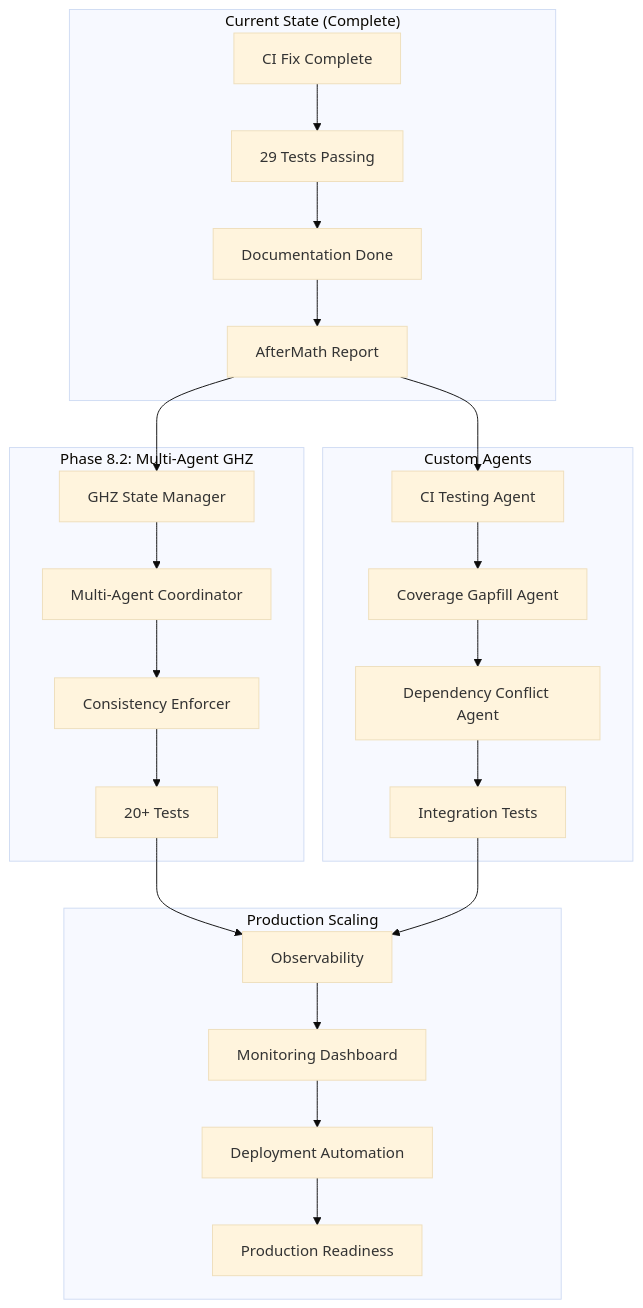
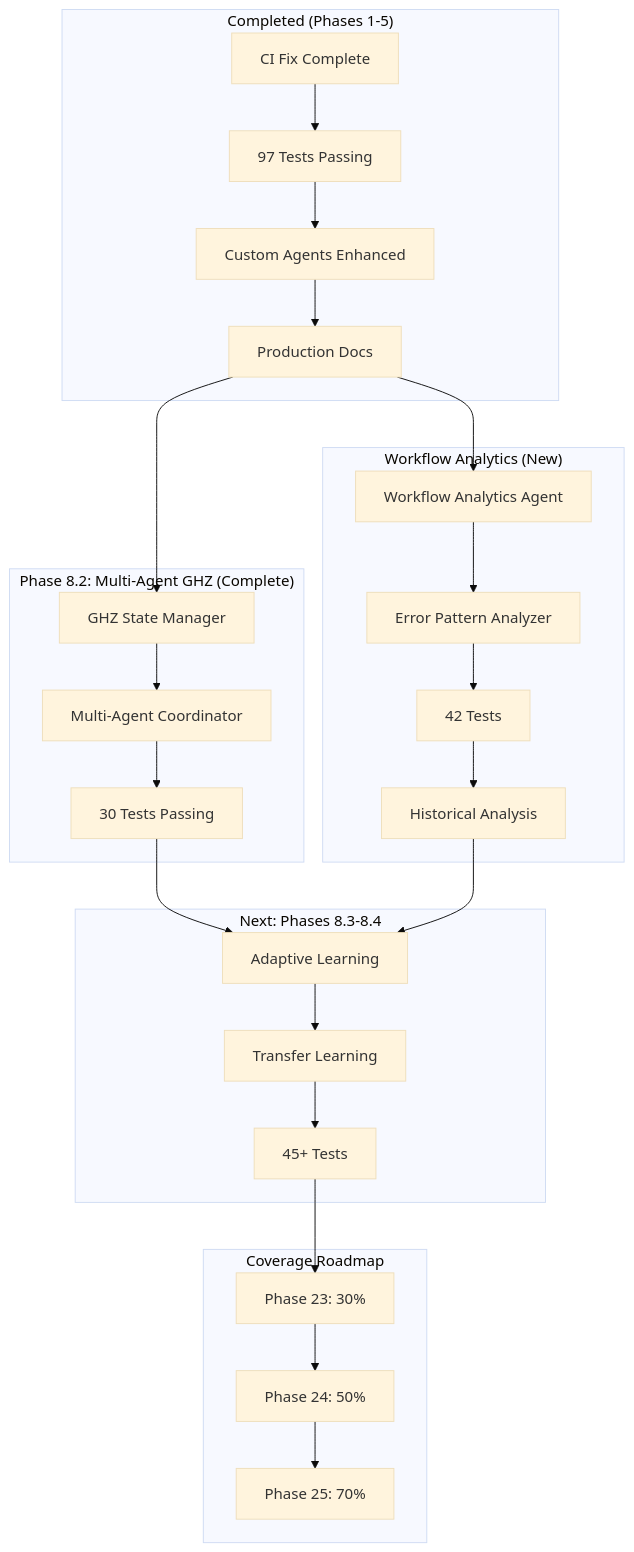
Before and after one commit to Aries-Serpent/_codex_: the diagram in .codex/prompts/CONTINUATION_COGNITIVE_BRAIN_PRODUCTION.md, drawn with Mermaid (base theme). The commit also changed other lines of this file and 4 other files, not shown here.

First line of the commit message:
feat: add Workflow Analytics Agent for error pattern detection

````diff
--- a/.codex/prompts/CONTINUATION_COGNITIVE_BRAIN_PRODUCTION.md
+++ b/.codex/prompts/CONTINUATION_COGNITIVE_BRAIN_PRODUCTION.md
@@ -85,31 +86,35 @@
 ```mermaid
 flowchart TB
-    subgraph "Current State (Complete)"
-        A[CI Fix Complete] --> B[29 Tests Passing]
-        B --> C[Documentation Done]
-        C --> D[AfterMath Report]
+    subgraph "Completed (Phases 1-5)"
+        A[CI Fix Complete] --> B[97 Tests Passing]
+        B --> C[Custom Agents Enhanced]
+        C --> D[Production Docs]
     end
     
-    subgraph "Phase 8.2: Multi-Agent GHZ"
+    subgraph "Phase 8.2: Multi-Agent GHZ (Complete)"
         E[GHZ State Manager] --> F[Multi-Agent Coordinator]
-        F --> G[Consistency Enforcer]
-        G --> H[20+ Tests]
+        F --> G[30 Tests Passing]
     end
     
-    subgraph "Custom Agents"
-        I[CI Testing Agent] --> J[Coverage Gapfill Agent]
-        J --> K[Dependency Conflict Agent]
-        K --> L[Integration Tests]
+    subgraph "Workflow Analytics (New)"
+        WA[Workflow Analytics Agent] --> WB[Error Pattern Analyzer]
+        WB --> WC[42 Tests]
+        WC --> WD[Historical Analysis]
     end
     
-    subgraph "Production Scaling"
-        M[Observability] --> N[Monitoring Dashboard]
-        N --> O[Deployment Automation]
-        O --> P[Production Readiness]
+    subgraph "Next: Phases 8.3-8.4"
+        H[Adaptive Learning] --> I[Transfer Learning]
+        I --> J[45+ Tests]
+    end
+    
+    subgraph "Coverage Roadmap"
+        K[Phase 23: 30%] --> L[Phase 24: 50%]
+        L --> M[Phase 25: 70%]
     end
     
     D --> E
-    D --> I
-    H --> M
-    L --> M
+    D --> WA
+    G --> H
+    WD --> H
+    J --> K
 ```
````
